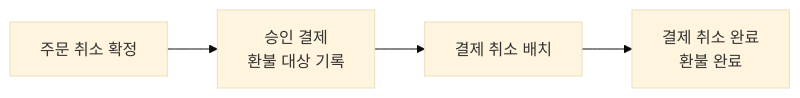
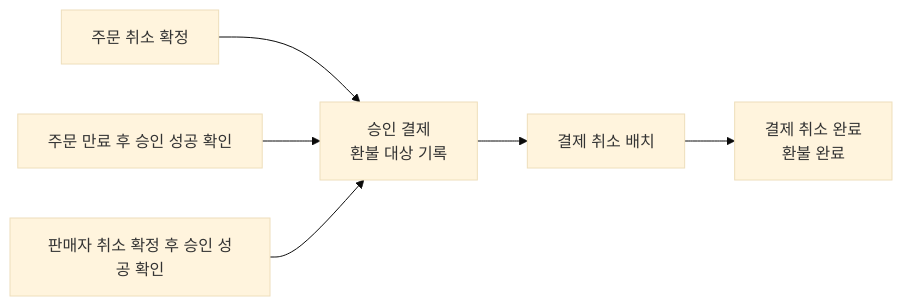
Before and after one commit to woowacourse-teams/2026-setty: the third of 3 diagrams in docs/policy/payment.md, drawn with Mermaid (base theme). The commit also changed other lines of this file and 2 other files, not shown here.

````diff
--- a/docs/policy/payment.md
+++ b/docs/policy/payment.md
@@ -49,6 +52,8 @@
 ```mermaid
 flowchart LR
     O["주문 취소 확정"] --> R["승인 결제<br/>환불 대상 기록"]
+    E["주문 만료 후 승인 성공 확인"] --> R
+    S["판매자 취소 확정 후 승인 성공 확인"] --> R
     R --> B["결제 취소 배치"]
     B --> C["결제 취소 완료<br/>환불 완료"]
 ```
````
